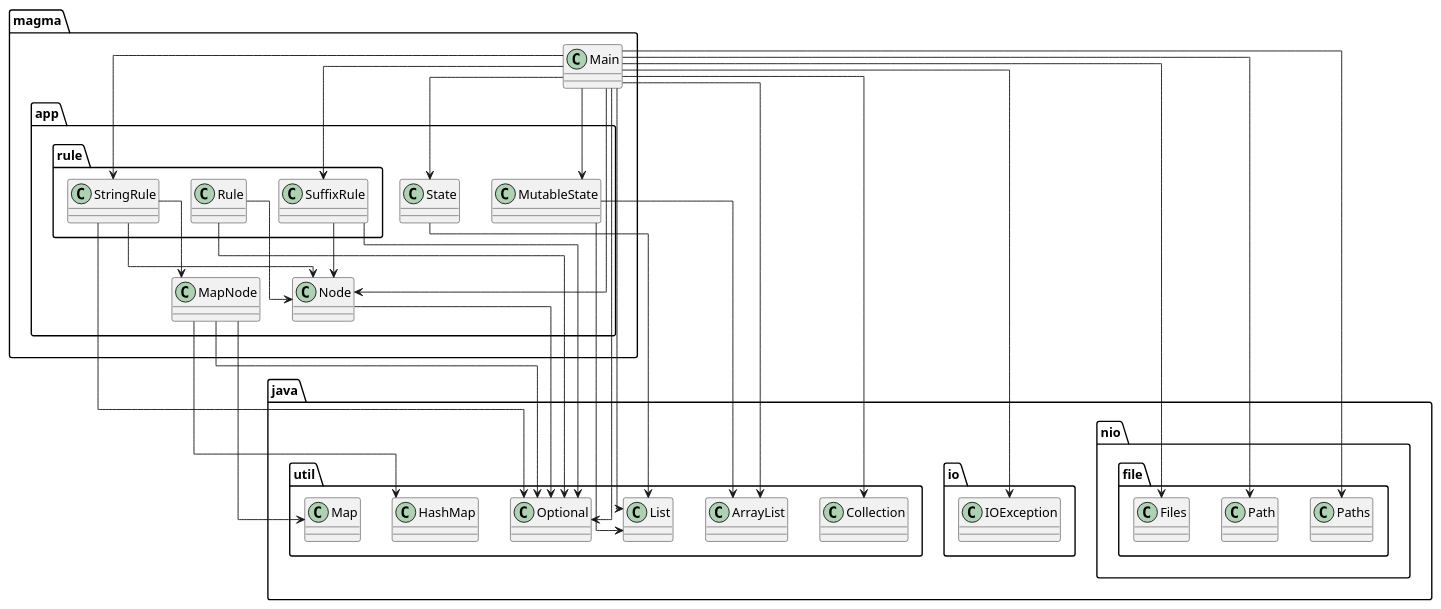
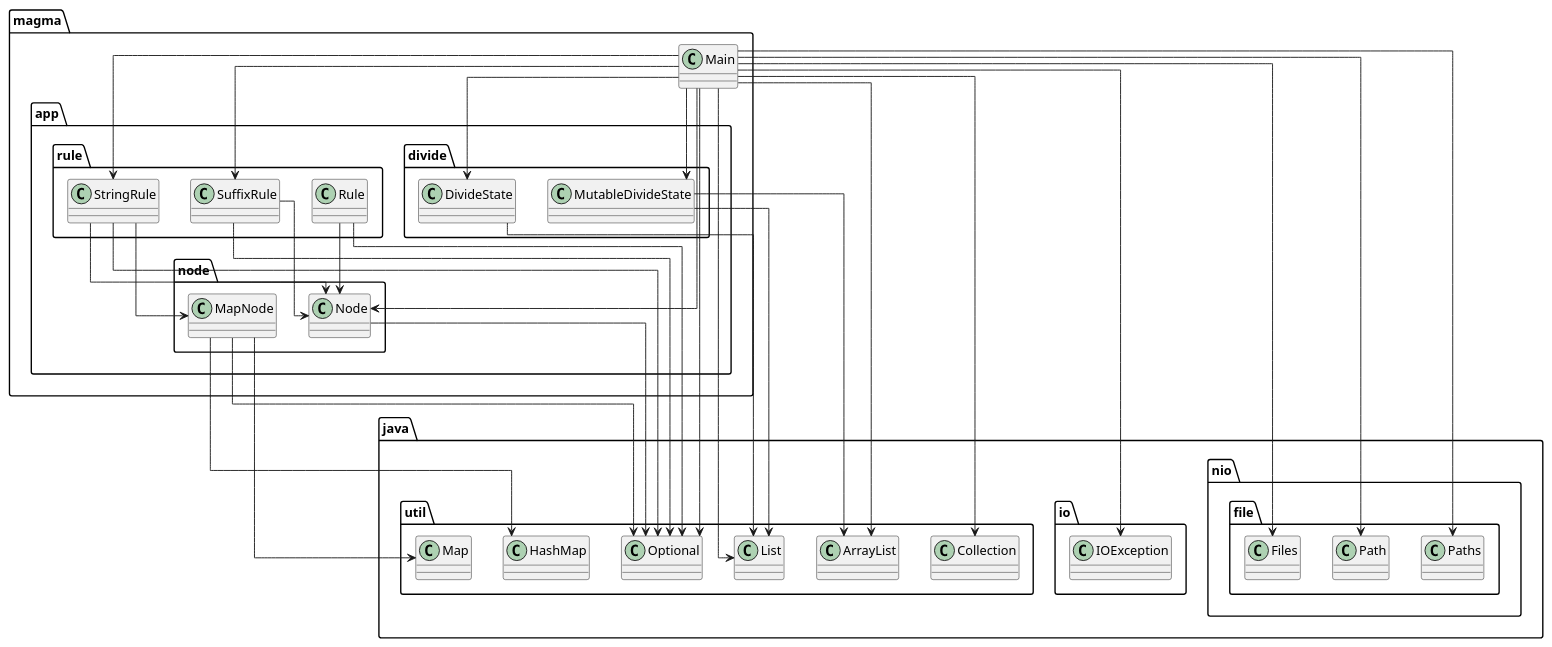
One commit to SirMathhman/Magma changed the diagram in diagram.puml. Above: the diagram before and after it, drawn with PlantUML. The commit also changed 9 other files, not shown here.

```diff
--- a/diagram.puml
+++ b/diagram.puml
@@ -1,38 +1,38 @@
 @startuml
 skinparam linetype ortho
-class magma.app.MapNode
-magma.app.MapNode --> java.util.HashMap
-magma.app.MapNode --> java.util.Map
-magma.app.MapNode --> java.util.Optional
-class magma.app.MutableState
-magma.app.MutableState --> java.util.ArrayList
-magma.app.MutableState --> java.util.List
-class magma.app.Node
-magma.app.Node --> java.util.Optional
+class magma.app.divide.DivideState
+magma.app.divide.DivideState --> java.util.List
+class magma.app.divide.MutableDivideState
+magma.app.divide.MutableDivideState --> java.util.ArrayList
+magma.app.divide.MutableDivideState --> java.util.List
+class magma.app.node.MapNode
+magma.app.node.MapNode --> java.util.HashMap
+magma.app.node.MapNode --> java.util.Map
+magma.app.node.MapNode --> java.util.Optional
+class magma.app.node.Node
+magma.app.node.Node --> java.util.Optional
 class magma.app.rule.Rule
-magma.app.rule.Rule --> magma.app.Node
+magma.app.rule.Rule --> magma.app.node.Node
 magma.app.rule.Rule --> java.util.Optional
 class magma.app.rule.StringRule
-magma.app.rule.StringRule --> magma.app.MapNode
-magma.app.rule.StringRule --> magma.app.Node
+magma.app.rule.StringRule --> magma.app.node.MapNode
+magma.app.rule.StringRule --> magma.app.node.Node
 magma.app.rule.StringRule --> java.util.Optional
 class magma.app.rule.SuffixRule
-magma.app.rule.SuffixRule --> magma.app.Node
+magma.app.rule.SuffixRule --> magma.app.node.Node
 magma.app.rule.SuffixRule --> java.util.Optional
-class magma.app.State
-magma.app.State --> java.util.List
 class magma.Main
-magma.Main --> magma.app.MutableState
-magma.Main --> magma.app.Node
-magma.Main --> magma.app.State
+magma.Main --> magma.app.divide.MutableDivideState
+magma.Main --> magma.app.node.Node
+magma.Main --> magma.app.divide.DivideState
 magma.Main --> magma.app.rule.StringRule
 magma.Main --> magma.app.rule.SuffixRule
 magma.Main --> java.io.IOException
 magma.Main --> java.nio.file.Files
 magma.Main --> java.nio.file.Path
 magma.Main --> java.nio.file.Paths
 magma.Main --> java.util.ArrayList
 magma.Main --> java.util.Collection
 magma.Main --> java.util.List
 magma.Main --> java.util.Optional
 @enduml
```
